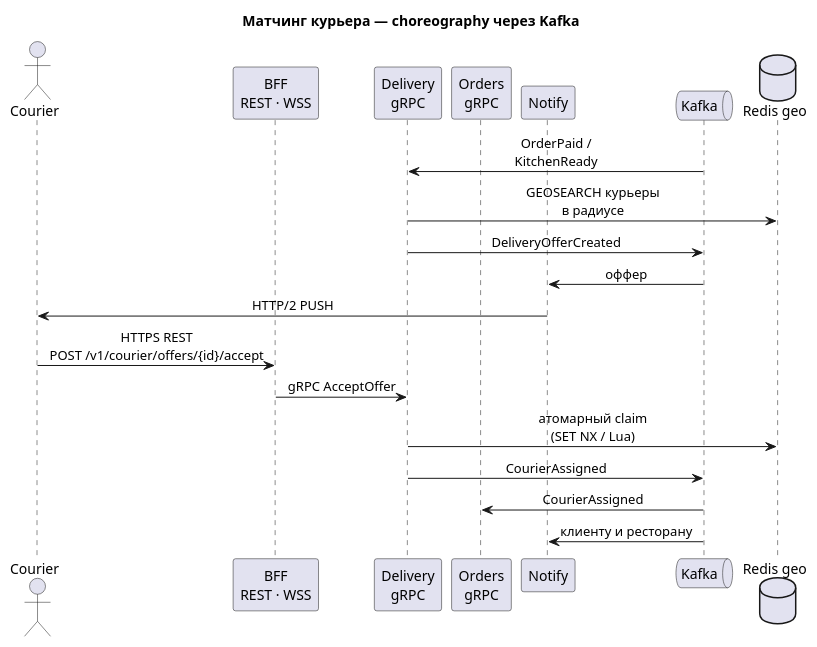
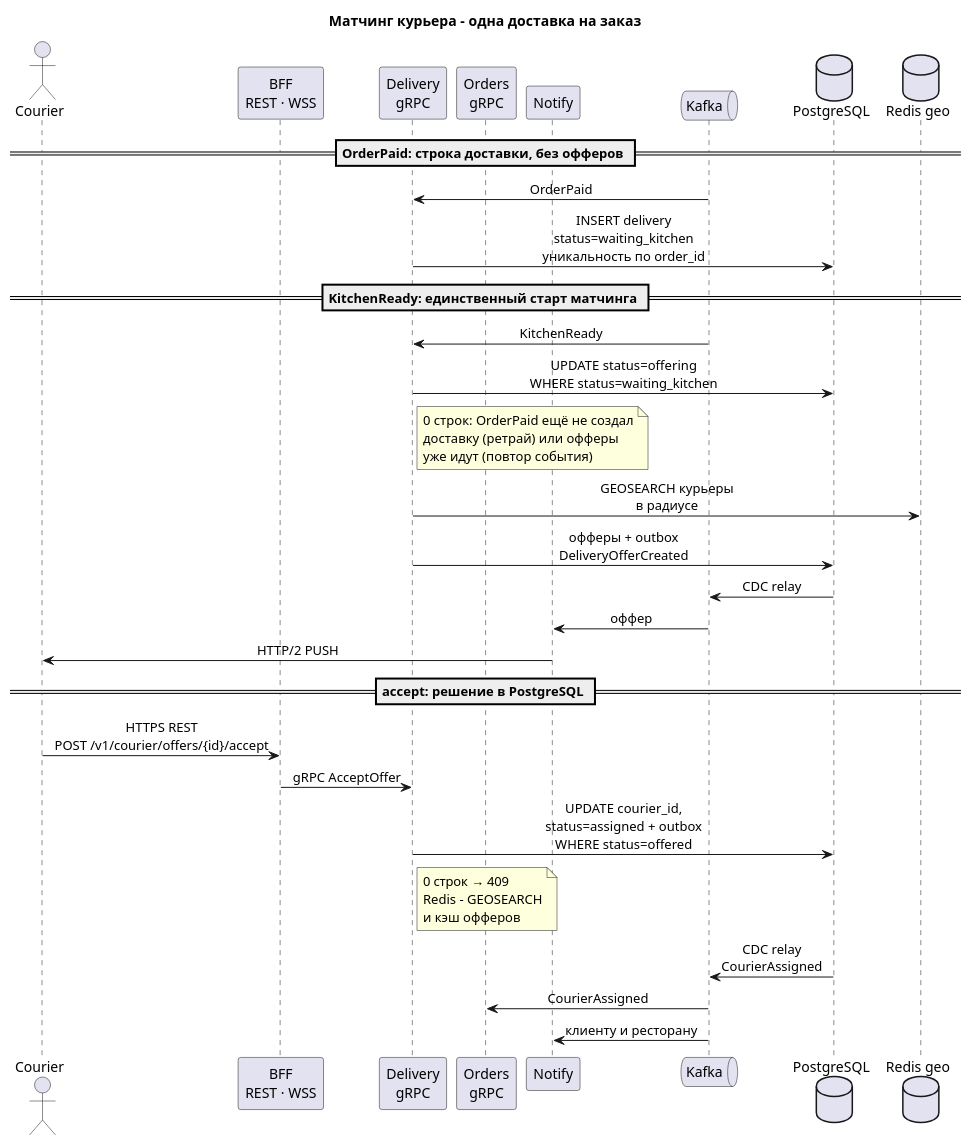
The diagram in hw_02/solution/diagrams/sequence-delivery-match.puml (Gomozov/otus-systemdesign-homework), drawn with PlantUML before and after one commit. The commit also changed 5 other files, not shown here.

```diff
--- a/hw_02/solution/diagrams/sequence-delivery-match.puml
+++ b/hw_02/solution/diagrams/sequence-delivery-match.puml
@@ -1,26 +1,45 @@
 @startuml sequence-delivery-match
-title Матчинг курьера — choreography через Kafka
+title Матчинг курьера - одна доставка на заказ
 skinparam sequenceMessageAlign center
 
 actor Courier as CR
 participant "BFF\nREST · WSS" as BFF
 participant "Delivery\ngRPC" as DEL
 participant "Orders\ngRPC" as ORD
 participant "Notify" as NTF
 queue "Kafka" as KF
+database "PostgreSQL" as PG
 database "Redis geo" as RD
 
-KF -> DEL: OrderPaid /\nKitchenReady
+== OrderPaid: строка доставки, без офферов ==
+KF -> DEL: OrderPaid
+DEL -> PG: INSERT delivery\nstatus=waiting_kitchen\nуникальность по order_id
+
+== KitchenReady: единственный старт матчинга ==
+KF -> DEL: KitchenReady
+DEL -> PG: UPDATE status=offering\nWHERE status=waiting_kitchen
+note right of DEL
+  0 строк: OrderPaid ещё не создал
+  доставку (ретрай) или офферы
+  уже идут (повтор события)
+end note
 DEL -> RD: GEOSEARCH курьеры\nв радиусе
-DEL -> KF: DeliveryOfferCreated
+DEL -> PG: офферы + outbox\nDeliveryOfferCreated
+PG -> KF: CDC relay
 KF -> NTF: оффер
 NTF -> CR: HTTP/2 PUSH
 
+== accept: решение в PostgreSQL ==
 CR -> BFF: HTTPS REST\nPOST /v1/courier/offers/{id}/accept
 BFF -> DEL: gRPC AcceptOffer
-DEL -> RD: атомарный claim\n(SET NX / Lua)
-DEL -> KF: CourierAssigned
+DEL -> PG: UPDATE courier_id,\nstatus=assigned + outbox\nWHERE status=offered
+note right of DEL
+  0 строк → 409
+  Redis - GEOSEARCH
+  и кэш офферов
+end note
+PG -> KF: CDC relay\nCourierAssigned
 KF -> ORD: CourierAssigned
 KF -> NTF: клиенту и ресторану
 
 @enduml
```
